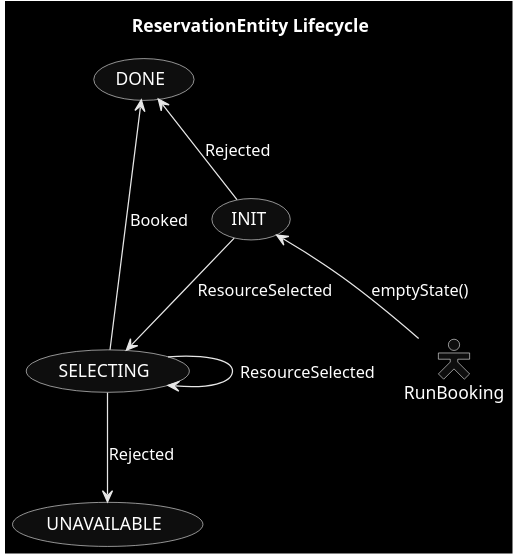
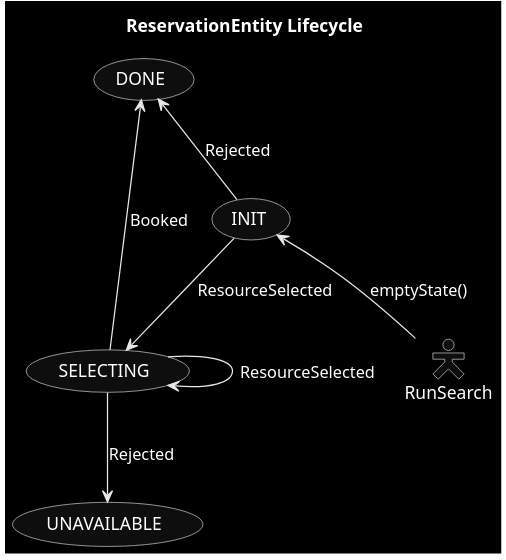
Before and after one commit to max8github/rez: the diagram in facility/docs/fsm.puml, drawn with PlantUML. The commit also changed 8 other files, not shown here.

```diff
--- a/facility/docs/fsm.puml
+++ b/facility/docs/fsm.puml
@@ -1,12 +1,12 @@
 @startuml
 skinparam monochrome reverse
 skinparam actorStyle hollow
 
 title ReservationEntity Lifecycle
-RunBooking -up-> (INIT): emptyState()
+RunSearch -up-> (INIT): emptyState()
 (INIT) --> (SELECTING): ResourceSelected
 (SELECTING) --> (SELECTING): ResourceSelected
 (DONE) <-down- (INIT): Rejected
 (DONE) <-- (SELECTING): Booked
 (UNAVAILABLE) <-up- (SELECTING): Rejected
 @enduml
```
